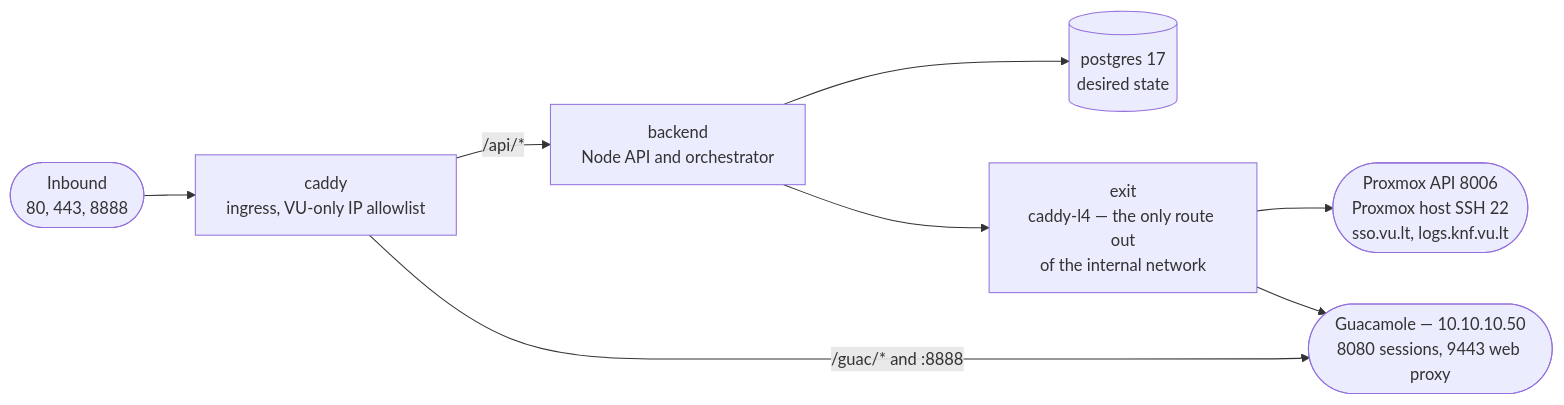
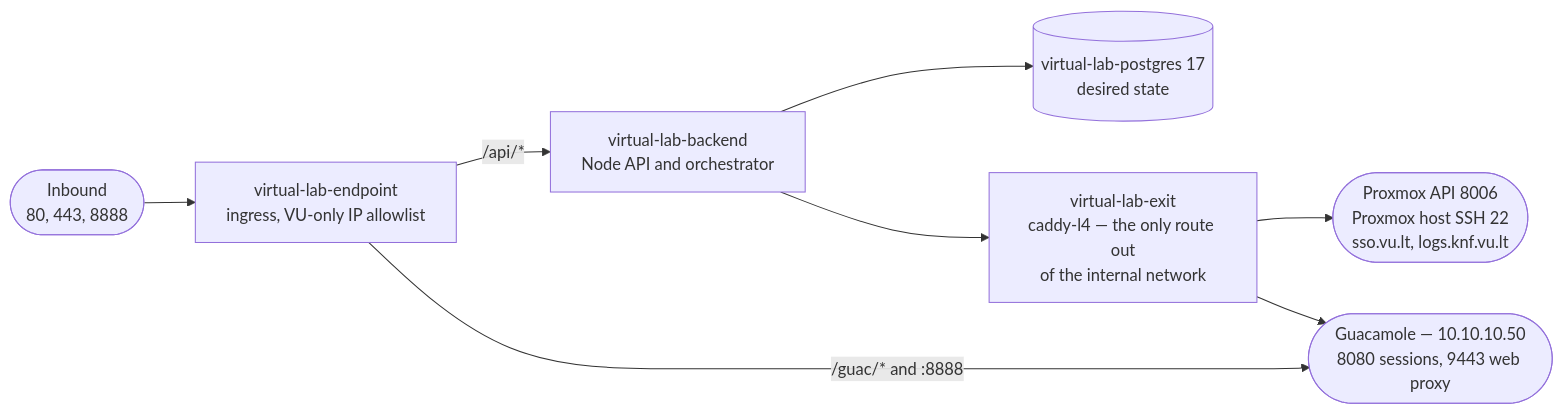
One commit to kaunofakultetas/virtuallab.knf.vu.lt changed the second of 5 diagrams in docs/content/architecture/infrastructure.md. Above: the diagram before and after it, drawn with Mermaid. The commit also changed other lines of this file and 69 other files, not shown here.

````diff
--- a/docs/content/architecture/infrastructure.md
+++ b/docs/content/architecture/infrastructure.md
@@ -101,18 +101,18 @@
 ```mermaid
 flowchart LR
     inbound(["Inbound<br/>80, 443, 8888"])
-    caddy["caddy<br/>ingress, VU-only IP allowlist"]
-    backend["backend<br/>Node API and orchestrator"]
-    postgres[("postgres 17<br/>desired state")]
-    exitp["exit<br/>caddy-l4 — the only route out<br/>of the internal network"]
+    caddy["virtual-lab-endpoint<br/>ingress, VU-only IP allowlist"]
+    backend["virtual-lab-backend<br/>Node API and orchestrator"]
+    postgres[("virtual-lab-postgres 17<br/>desired state")]
+    exitp["virtual-lab-exit<br/>caddy-l4 — the only route out<br/>of the internal network"]
     guac(["Guacamole — 10.10.10.50<br/>8080 sessions, 9443 web proxy"])
     outbound(["Proxmox API 8006<br/>Proxmox host SSH 22<br/>sso.vu.lt, logs.knf.vu.lt"])
 
     inbound --> caddy
     caddy -->|"/api/*"| backend
     caddy -->|"/guac/* and :8888"| guac
     backend --> postgres
     backend --> exitp
     exitp --> outbound
     exitp --> guac
 ```
````
